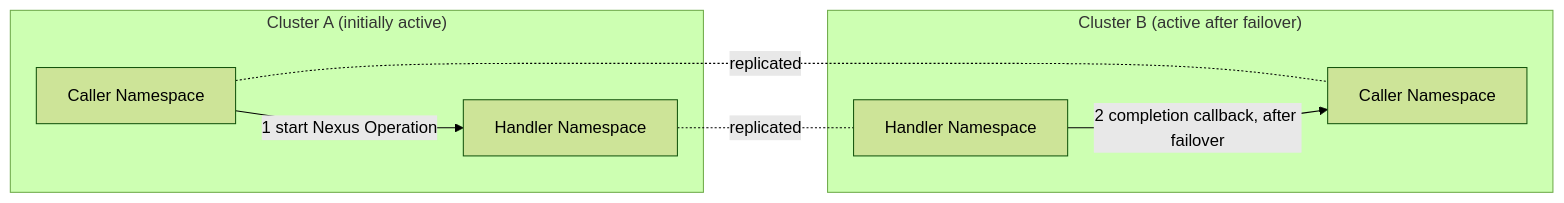
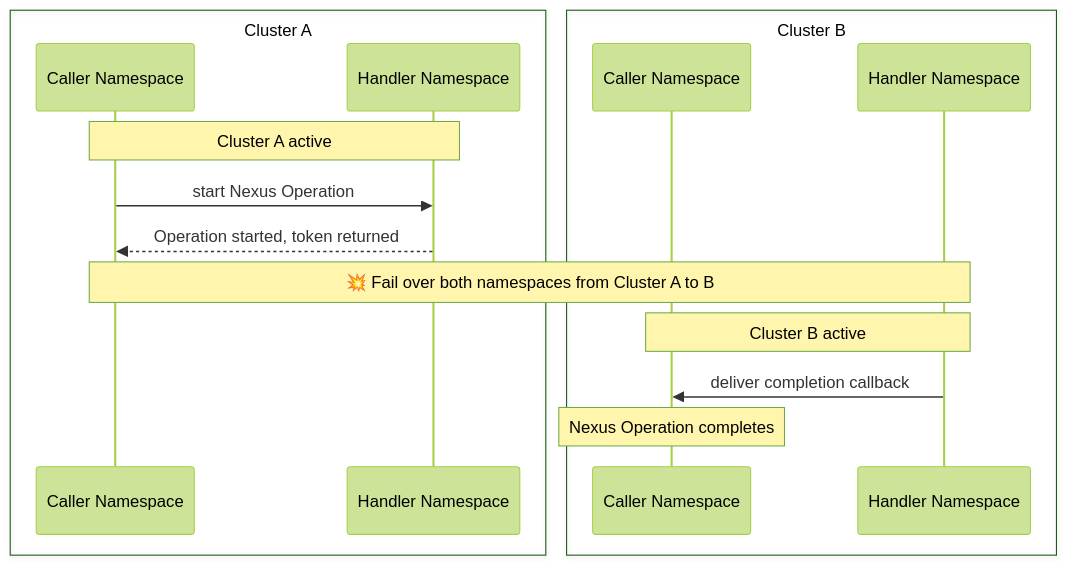
One commit to temporalio/documentation changed the diagram in docs/production-deployment/self-hosted-guide/temporal-nexus.mdx. Above: the diagram before and after it, drawn with Mermaid (forest theme). The commit also changed other lines of this file, not shown here.

Commit message:
Restore sequence box failover diagram; note selected-apis-forwarding
- Use the sequence diagram with Cluster boxes (now that the linter parses it).
- dcRedirectionPolicy: mention selected-apis-forwarding forwards
  StartNexusOperationExecution for standalone Nexus Operations.

````diff
--- a/docs/production-deployment/self-hosted-guide/temporal-nexus.mdx
+++ b/docs/production-deployment/self-hosted-guide/temporal-nexus.mdx
@@ -132,15 +134,18 @@
 ```mermaid
-flowchart LR
-    subgraph A["Cluster A (initially active)"]
-        caA["Caller Namespace"]
-        haA["Handler Namespace"]
+sequenceDiagram
+    box Cluster A
+    participant caA as Caller Namespace
+    participant haA as Handler Namespace
     end
-    subgraph B["Cluster B (active after failover)"]
-        caB["Caller Namespace"]
-        haB["Handler Namespace"]
+    box Cluster B
+    participant caB as Caller Namespace
+    participant haB as Handler Namespace
     end
-    caA -->|"1 start Nexus Operation"| haA
-    caA -. replicated .- caB
-    haA -. replicated .- haB
-    haB -->|"2 completion callback, after failover"| caB
+    Note over caA,haA: Cluster A active
+    caA->>haA: start Nexus Operation
+    haA-->>caA: Operation started, token returned
+    Note over caA,haB: 💥 Fail over both namespaces from Cluster A to B
+    Note over caB,haB: Cluster B active
+    haB->>caB: deliver completion callback
+    Note over caB: Nexus Operation completes
 ```
````
